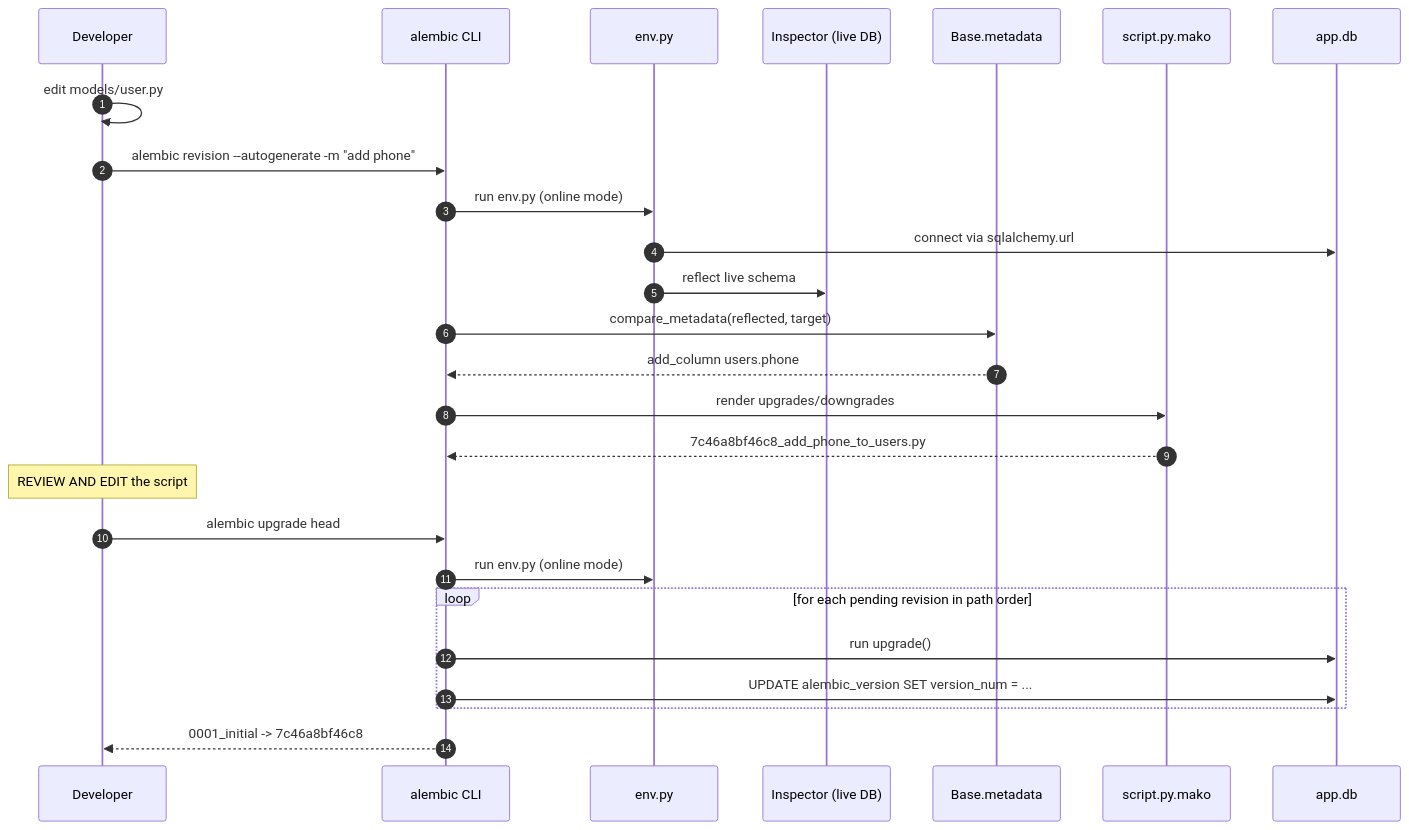
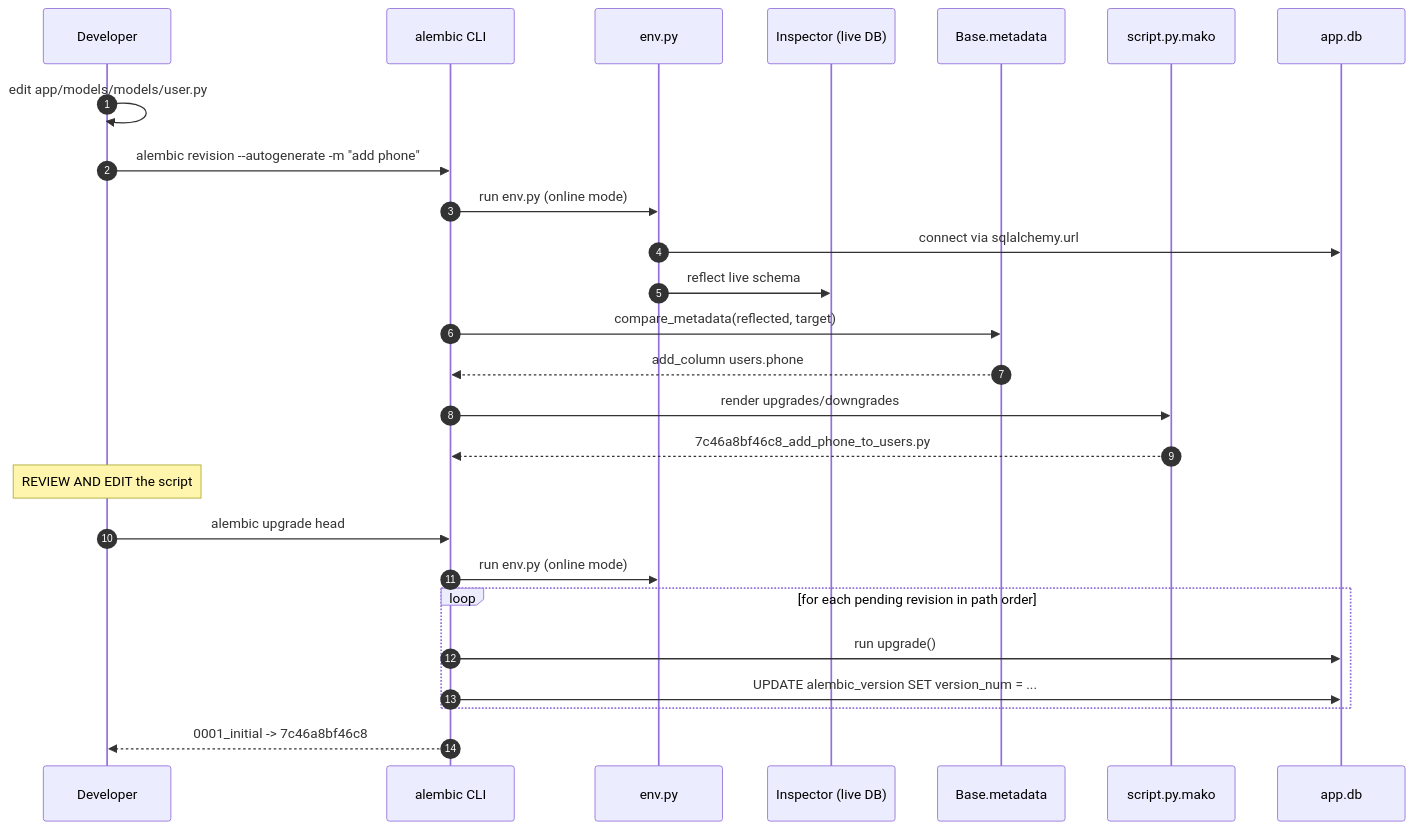
Before and after one commit to abhijeetBhale/FastAPI: the fourth of 11 diagrams in awesome-project/docs/Alembic.md, drawn with Mermaid. The commit also changed other lines of this file and 145 other files, not shown here.

````diff
--- a/awesome-project/docs/Alembic.md
+++ b/awesome-project/docs/Alembic.md
@@ -421,29 +421,29 @@
 ```mermaid
 sequenceDiagram
     autonumber
     participant Dev as Developer
     participant CLI as alembic CLI
     participant Env as env.py
     participant Insp as Inspector (live DB)
     participant Meta as Base.metadata
     participant Tpl as script.py.mako
     participant DB as app.db
 
-    Dev->>Dev: edit models/user.py
+    Dev->>Dev: edit app/models/models/user.py
     Dev->>CLI: alembic revision --autogenerate -m "add phone"
     CLI->>Env: run env.py (online mode)
     Env->>DB: connect via sqlalchemy.url
     Env->>Insp: reflect live schema
     CLI->>Meta: compare_metadata(reflected, target)
     Meta-->>CLI: add_column users.phone
     CLI->>Tpl: render upgrades/downgrades
     Tpl-->>CLI: 7c46a8bf46c8_add_phone_to_users.py
     Note over Dev: REVIEW AND EDIT the script
     Dev->>CLI: alembic upgrade head
     CLI->>Env: run env.py (online mode)
     loop for each pending revision in path order
         CLI->>DB: run upgrade()
         CLI->>DB: UPDATE alembic_version SET version_num = ...
     end
     CLI-->>Dev: 0001_initial -> 7c46a8bf46c8
 ```
````
